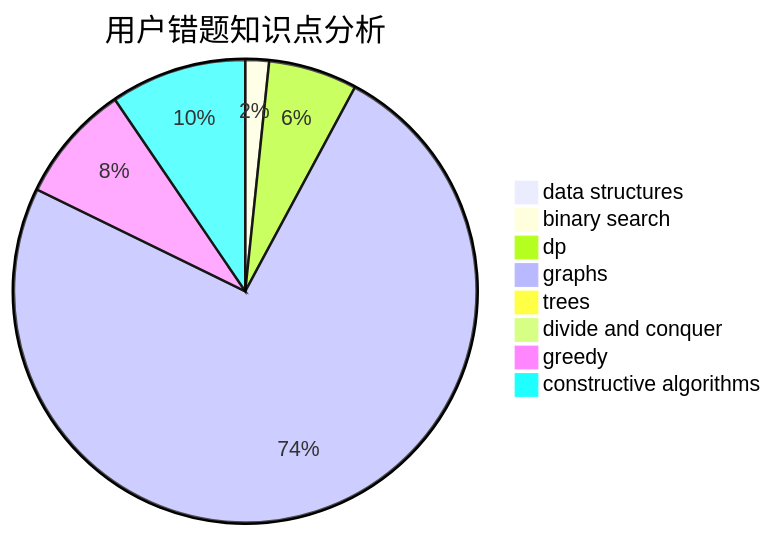
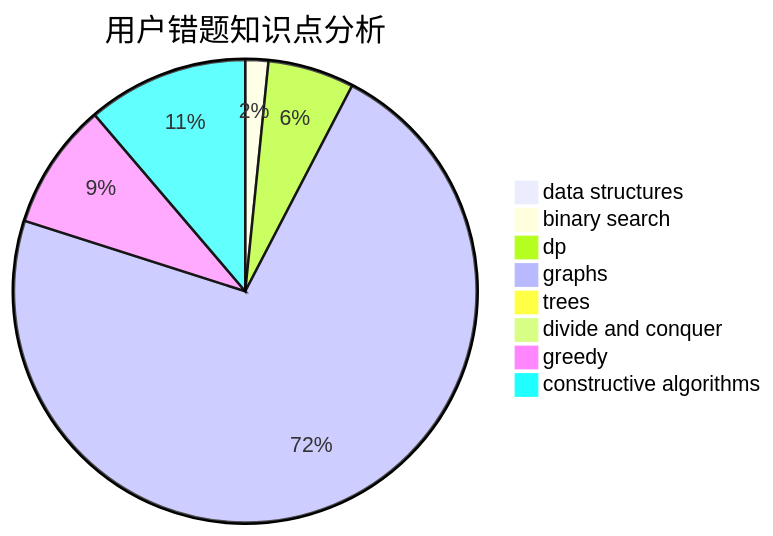
Before and after one commit to sherpahu/cfrs.github.io: the third of 3 diagrams in docs/user/u1083.md, drawn with Mermaid. The commit also changed other lines of this file and 2770 other files, not shown here.

````diff
--- a/docs/user/u1083.md
+++ b/docs/user/u1083.md
@@ -36,11 +36,11 @@
 ```mermaid
 pie title 用户错题知识点分析
     "data structures" :  0
     "binary search" :  4
     "dp" :  15
     "graphs" :  180
     "trees" :  0
     "divide and conquer" :  0
-    "greedy" :  20
-    "constructive algorithms" :  23
+    "greedy" :  22
+    "constructive algorithms" :  28
 ```
````
